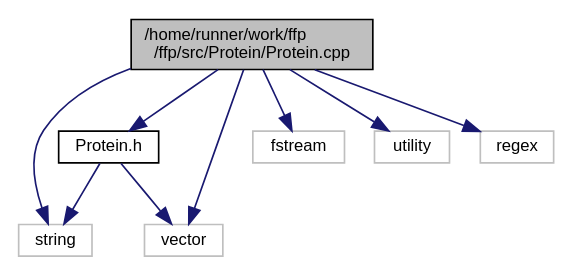
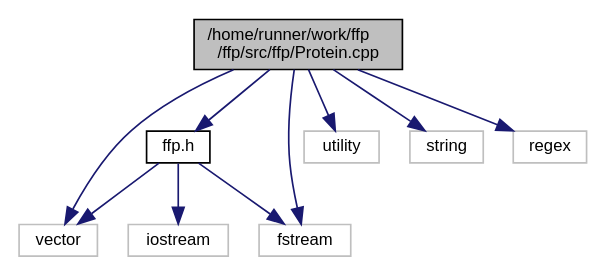
Before and after one commit to Mohamed-Nser-Said/ffp: the diagram in Protein_8cpp__incl.dot, drawn with Graphviz. The commit also changed 100 other files, not shown here.

```diff
--- a/Protein_8cpp__incl.dot
+++ b/Protein_8cpp__incl.dot
@@ -1,21 +1,23 @@
-digraph "/home/runner/work/ffp/ffp/src/Protein/Protein.cpp"
+digraph "/home/runner/work/ffp/ffp/src/ffp/Protein.cpp"
 {
  // LATEX_PDF_SIZE
   edge [fontname="Helvetica",fontsize="10",labelfontname="Helvetica",labelfontsize="10"];
   node [fontname="Helvetica",fontsize="10",shape=record];
-  Node1 [label="/home/runner/work/ffp\l/ffp/src/Protein/Protein.cpp",height=0.2,width=0.4,color="black", fillcolor="grey75", style="filled", fontcolor="black",tooltip=" "];
+  Node1 [label="/home/runner/work/ffp\l/ffp/src/ffp/Protein.cpp",height=0.2,width=0.4,color="black", fillcolor="grey75", style="filled", fontcolor="black",tooltip=" "];
   Node1 -> Node2 [color="midnightblue",fontsize="10",style="solid",fontname="Helvetica"];
-  Node2 [label="Protein.h",height=0.2,width=0.4,color="black", fillcolor="white", style="filled",URL="$Protein_8h.html",tooltip=" "];
+  Node2 [label="ffp.h",height=0.2,width=0.4,color="black", fillcolor="white", style="filled",URL="$ffp_8h.html",tooltip=" "];
   Node2 -> Node3 [color="midnightblue",fontsize="10",style="solid",fontname="Helvetica"];
-  Node3 [label="string",height=0.2,width=0.4,color="grey75", fillcolor="white", style="filled",tooltip=" "];
+  Node3 [label="vector",height=0.2,width=0.4,color="grey75", fillcolor="white", style="filled",tooltip=" "];
   Node2 -> Node4 [color="midnightblue",fontsize="10",style="solid",fontname="Helvetica"];
-  Node4 [label="vector",height=0.2,width=0.4,color="grey75", fillcolor="white", style="filled",tooltip=" "];
+  Node4 [label="iostream",height=0.2,width=0.4,color="grey75", fillcolor="white", style="filled",tooltip=" "];
+  Node2 -> Node5 [color="midnightblue",fontsize="10",style="solid",fontname="Helvetica"];
+  Node5 [label="fstream",height=0.2,width=0.4,color="grey75", fillcolor="white", style="filled",tooltip=" "];
   Node1 -> Node5 [color="midnightblue",fontsize="10",style="solid",fontname="Helvetica"];
-  Node5 [label="fstream",height=0.2,width=0.4,color="grey75", fillcolor="white", style="filled",tooltip=" "];
   Node1 -> Node6 [color="midnightblue",fontsize="10",style="solid",fontname="Helvetica"];
   Node6 [label="utility",height=0.2,width=0.4,color="grey75", fillcolor="white", style="filled",tooltip=" "];
-  Node1 -> Node4 [color="midnightblue",fontsize="10",style="solid",fontname="Helvetica"];
   Node1 -> Node3 [color="midnightblue",fontsize="10",style="solid",fontname="Helvetica"];
   Node1 -> Node7 [color="midnightblue",fontsize="10",style="solid",fontname="Helvetica"];
-  Node7 [label="regex",height=0.2,width=0.4,color="grey75", fillcolor="white", style="filled",tooltip=" "];
+  Node7 [label="string",height=0.2,width=0.4,color="grey75", fillcolor="white", style="filled",tooltip=" "];
+  Node1 -> Node8 [color="midnightblue",fontsize="10",style="solid",fontname="Helvetica"];
+  Node8 [label="regex",height=0.2,width=0.4,color="grey75", fillcolor="white", style="filled",tooltip=" "];
 }
```
